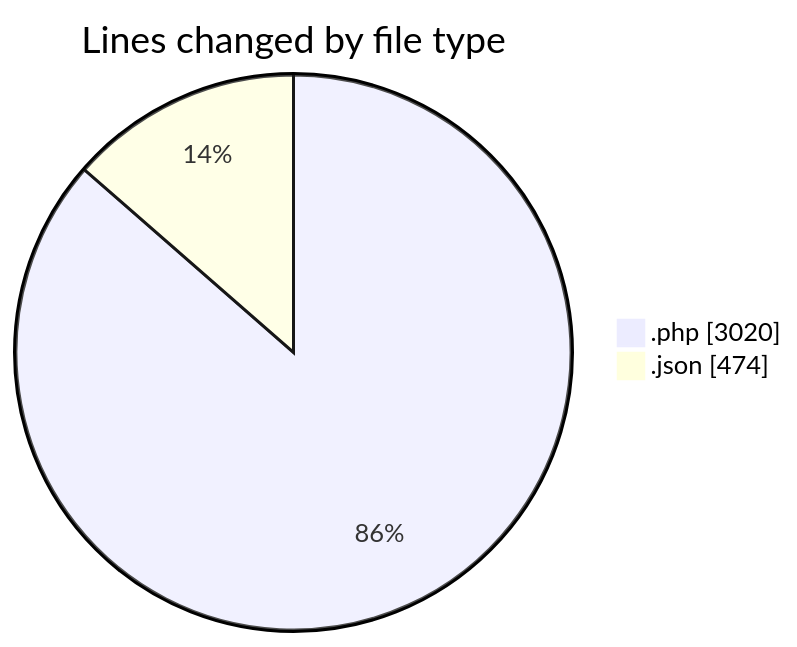
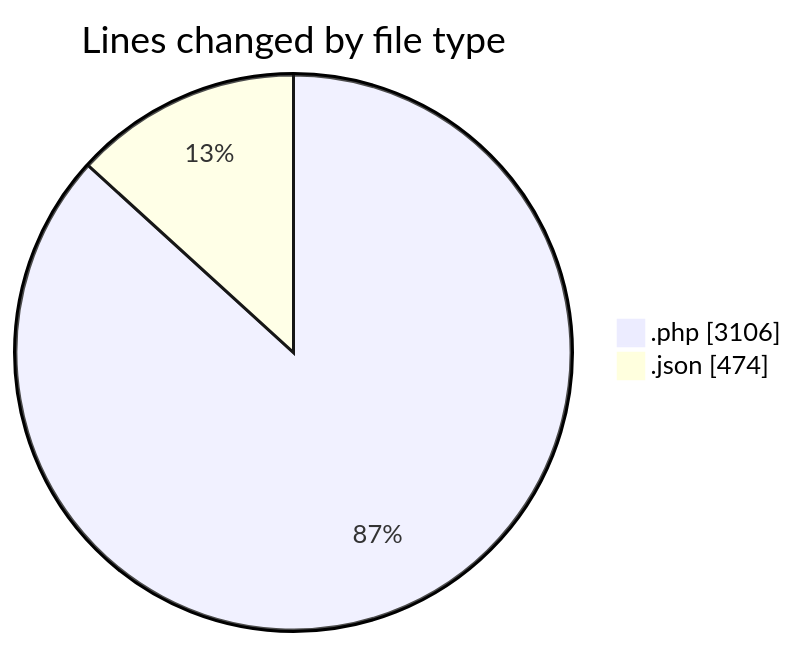
The first of 2 diagrams in 2025-06-16/studio-backend/README.md (idhammustaqopulfikri/code-tracking), drawn with Mermaid before and after one commit. The commit also changed other lines of this file and 1 other file, not shown here.

````diff
--- a/2025-06-16/studio-backend/README.md
+++ b/2025-06-16/studio-backend/README.md
@@ -36,6 +36,6 @@
 ```mermaid
 pie showData
 title Lines changed by file type
-".php" : 3020
+".php" : 3106
 ".json" : 474
 ```
````
